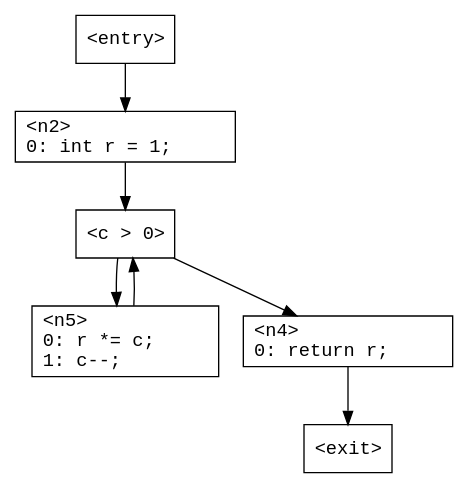
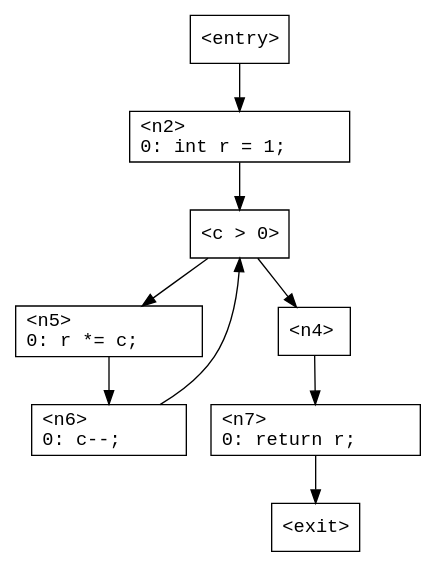
The diagram in TarpTests/Cfg/Data/TestForNoInitializerNoIncrement.gv (ashalkhakov/Tarp), drawn with Graphviz before and after one commit. The commit also changed 28 other files, not shown here.

```diff
--- a/TarpTests/Cfg/Data/TestForNoInitializerNoIncrement.gv
+++ b/TarpTests/Cfg/Data/TestForNoInitializerNoIncrement.gv
@@ -1,27 +1,35 @@
 digraph G
 {
     n0 [ shape = "box"
              fontname = "Monospace"
              label = "<entry>\l" ];
       n0 -> n2;
     n1 [ shape = "box"
              fontname = "Monospace"
              label = "<exit>\l" ];
     n2 [ shape = "box"
              fontname = "Monospace"
              label = "<n2>\l0:	int r = 1;\l" ];
       n2 -> n3;
     n3 [ shape = "box"
              fontname = "Monospace"
              label = "<c > 0>\l" ];
       n3 -> n5;
       n3 -> n4;
     n4 [ shape = "box"
              fontname = "Monospace"
-             label = "<n4>\l0:	return r;\l" ];
-      n4 -> n1;
+             label = "<n4>\l" ];
+      n4 -> n7;
     n5 [ shape = "box"
              fontname = "Monospace"
-             label = "<n5>\l0:	r *= c;\l1:	c--;\l" ];
-      n5 -> n3;
+             label = "<n5>\l0:	r *= c;\l" ];
+      n5 -> n6;
+    n6 [ shape = "box"
+             fontname = "Monospace"
+             label = "<n6>\l0:	c--;\l" ];
+      n6 -> n3;
+    n7 [ shape = "box"
+             fontname = "Monospace"
+             label = "<n7>\l0:	return r;\l" ];
+      n7 -> n1;
 }
```
